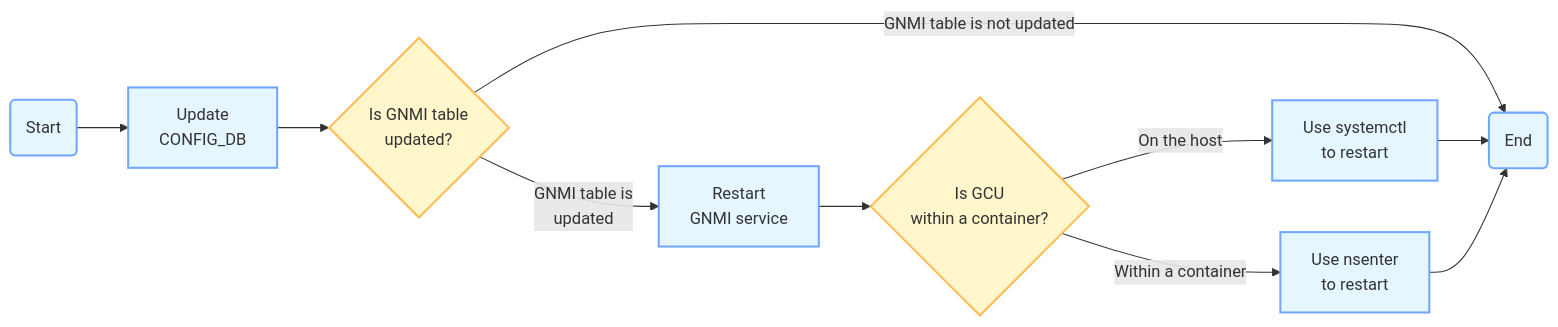
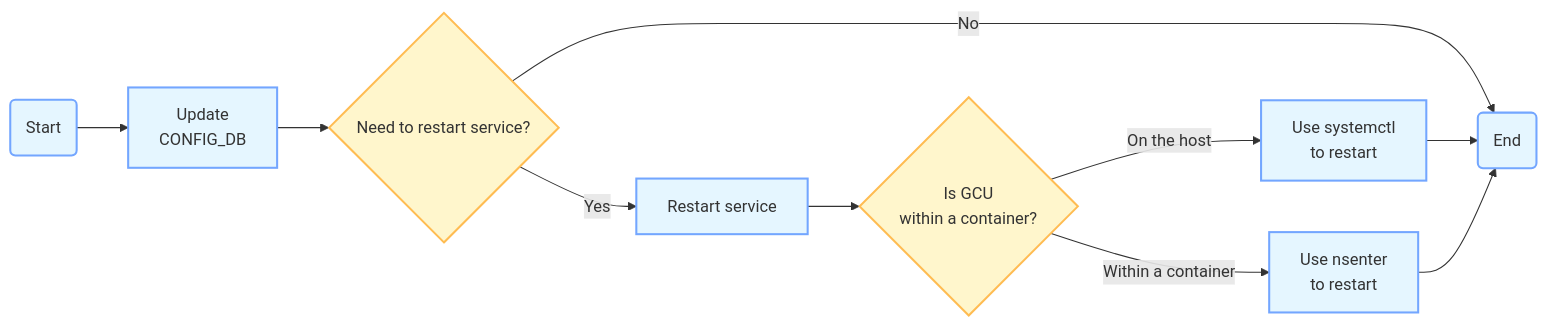
Before and after one commit to ganglyu/mermaid: the diagram in gcu_flowchart.md, drawn with Mermaid.

````diff
--- a/gcu_flowchart.md
+++ b/gcu_flowchart.md
@@ -1,15 +1,15 @@
 ```mermaid
 flowchart LR
     classDef process fill:#E5F6FF,stroke:#73A6FF,stroke-width:2px;
     classDef decision fill:#FFF6CC,stroke:#FFBC52,stroke-width:2px;
     Start(Start):::process --> UpdateDB[Update<br>CONFIG_DB]:::process
-    UpdateDB --> UpdateGNMI{Is GNMI table<br>updated?}:::decision
-    UpdateGNMI --> |GNMI table is not updated|End(End):::process
-    UpdateGNMI --> |GNMI table is<br>updated|Restart[Restart<br>GNMI service]:::process
+    UpdateDB --> UpdateService{Need to restart service?}:::decision
+    UpdateService --> |No|End(End):::process
+    UpdateService --> |Yes|Restart[Restart service]:::process
     Restart --> InContainer{Is GCU<br>within a container?}:::decision
     InContainer --> |On the host|Systemctl[Use systemctl<br>to restart]:::process
     InContainer --> |Within a container|Nsenter[Use nsenter<br>to restart]:::process
     Systemctl --> End
     Nsenter --> End
     %%linkStyle 0 stroke:#ff3,stroke-width:4px;
 ```
````
